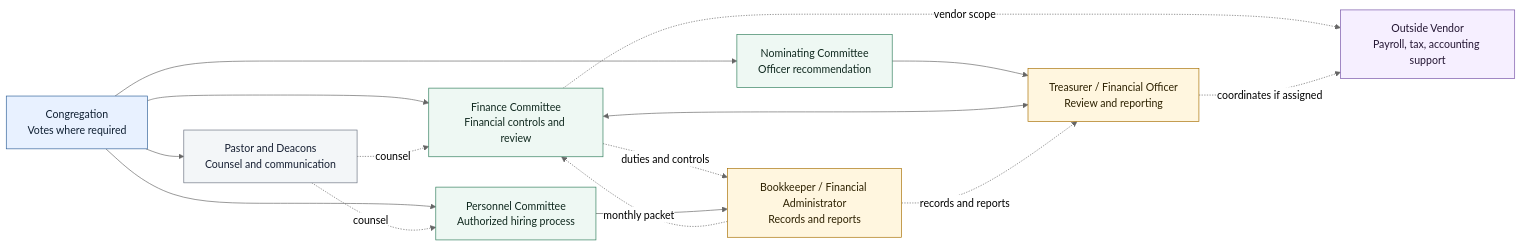
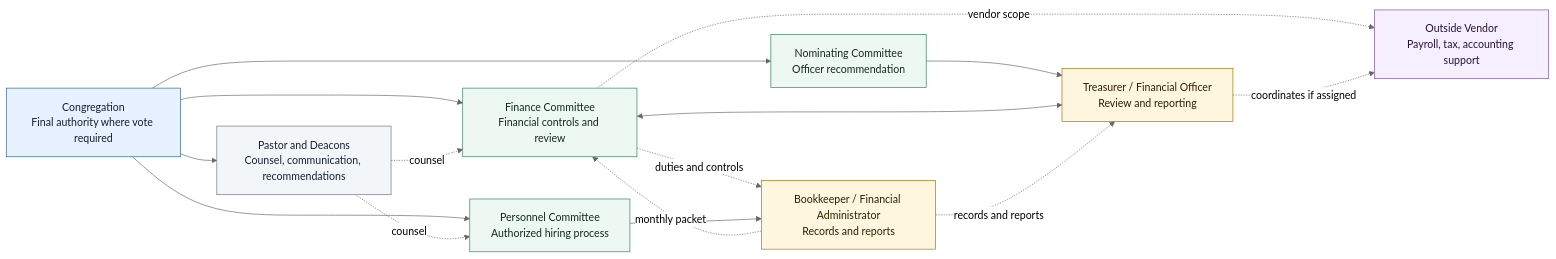
The second of 2 diagrams in docs/governance/church-organization-chart.md (coryd3/kbc-financial-operations), drawn with Mermaid (neutral theme) before and after one commit. The commit also changed other lines of this file and 173 other files, not shown here.

````diff
--- a/docs/governance/church-organization-chart.md
+++ b/docs/governance/church-organization-chart.md
@@ -72,39 +75,39 @@
 ```mermaid
 %%{init: {"flowchart": {"curve": "basis", "nodeSpacing": 42, "rankSpacing": 55, "padding": 16}}}%%
 flowchart LR
-    Congregation["Congregation<br/>Votes where required"]
+    Congregation["Congregation<br/>Final authority where vote required"]
     Nominating["Nominating Committee<br/>Officer recommendation"]
     Treasurer["Treasurer / Financial Officer<br/>Review and reporting"]
     Finance["Finance Committee<br/>Financial controls and review"]
     Personnel["Personnel Committee<br/>Authorized hiring process"]
     Bookkeeper["Bookkeeper / Financial Administrator<br/>Records and reports"]
-    PastorDeacons["Pastor and Deacons<br/>Counsel and communication"]
+    PastorDeacons["Pastor and Deacons<br/>Counsel, communication, recommendations"]
     Vendor["Outside Vendor<br/>Payroll, tax, accounting support"]
 
     Congregation --> Nominating
     Nominating --> Treasurer
     Congregation --> Finance
     Congregation --> Personnel
     Congregation --> PastorDeacons
 
     Finance <--> Treasurer
     Finance -. duties and controls .-> Bookkeeper
     Personnel --> Bookkeeper
     Bookkeeper -. records and reports .-> Treasurer
     Bookkeeper -. monthly packet .-> Finance
     Finance -. vendor scope .-> Vendor
     Treasurer -. coordinates if assigned .-> Vendor
     PastorDeacons -. counsel .-> Finance
     PastorDeacons -. counsel .-> Personnel
 
     classDef authority fill:#e8f1ff,stroke:#2f5f98,color:#102033,stroke-width:1px;
     classDef committee fill:#eef8f3,stroke:#2f7d5b,color:#10291f,stroke-width:1px;
     classDef operations fill:#fff6df,stroke:#a76f00,color:#2d2100,stroke-width:1px;
     classDef support fill:#f3f6f8,stroke:#6b7280,color:#172033,stroke-width:1px;
     classDef vendor fill:#f6efff,stroke:#7551a6,color:#241633,stroke-width:1px;
     class Congregation authority;
     class Nominating,Finance,Personnel committee;
     class Treasurer,Bookkeeper operations;
     class PastorDeacons support;
     class Vendor vendor;
 ```
````
